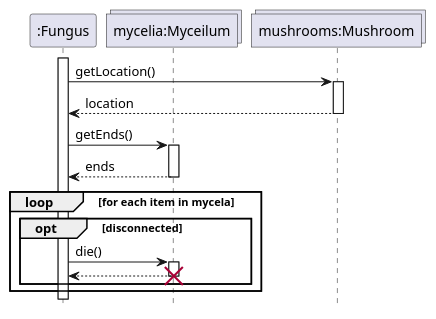
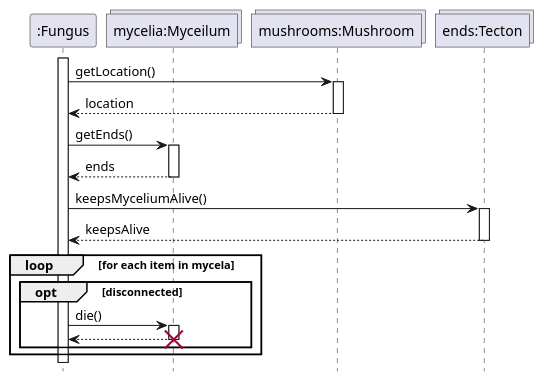
Before and after one commit to ZD4ve/projlab-error521: the diagram in SeqAndClassDiagrams/Fungus/check-connectivity.puml, drawn with PlantUML. The commit also changed 18 other files, not shown here.

Commit message:
Fentről érkező áldás diagramba foglalása (emellett: konstruktorok konzisztenciájának növelése. felhasználó által hívott fügvények visszatérnek a sikerességükről)

```diff
--- a/SeqAndClassDiagrams/Fungus/check-connectivity.puml
+++ b/SeqAndClassDiagrams/Fungus/check-connectivity.puml
@@ -1,28 +1,34 @@
 @startuml Fungus/check-connectivity
 hide footbox
 
 participant ":Fungus" as fungus
 collections "mycelia:Myceilum" as mycelium
 collections "mushrooms:Mushroom" as mushroom
+collections "ends:Tecton" as ends
 
 activate fungus
 
 fungus -> mushroom : getLocation()
 activate mushroom
 return location
 
 fungus -> mycelium : getEnds()
 activate mycelium
 return ends
+
+fungus -> ends : keepsMyceliumAlive()
+activate ends
+'implementation: simulate a virtual Mushroom
+return keepsAlive
 
 
 loop for each item in mycela
     opt disconnected
         fungus -> mycelium : die()
         activate mycelium
         return
         destroy mycelium
     end
 end
 
 @enduml
```
